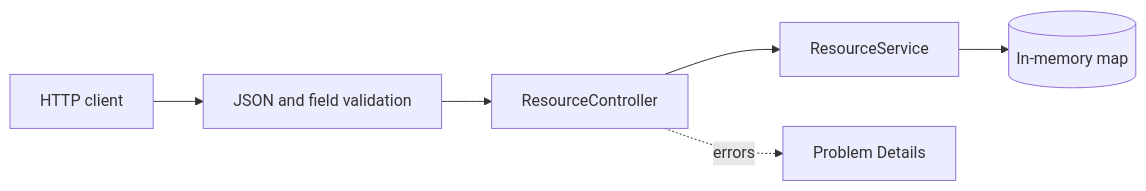
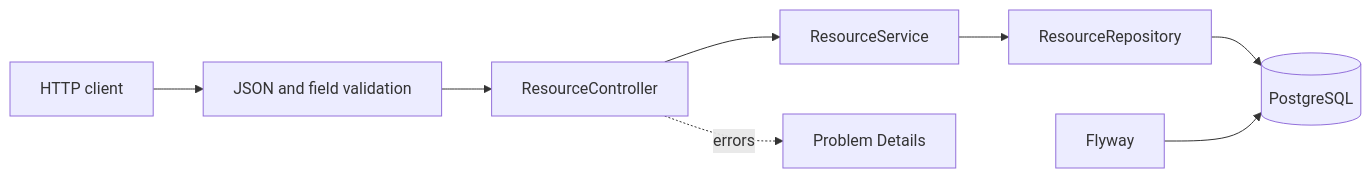
The diagram in README.md (miguelgarglez/learning-inbox), drawn with Mermaid before and after one commit. The commit also changed other lines of this file and 25 other files, not shown here.

First line of the commit message:
feat: persist resources with PostgreSQL, Flyway and JDBC (#3)

````diff
--- a/README.md
+++ b/README.md
@@ -73,8 +78,10 @@
 ```mermaid
 flowchart LR
     Client[HTTP client] --> Validation[JSON and field validation]
     Validation --> Controller[ResourceController]
     Controller --> Service[ResourceService]
-    Service --> Storage[(In-memory map)]
+    Service --> Repository[ResourceRepository]
+    Repository --> Postgres[(PostgreSQL)]
+    Flyway[Flyway] --> Postgres
     Controller -. errors .-> Problems[Problem Details]
 ```
````
